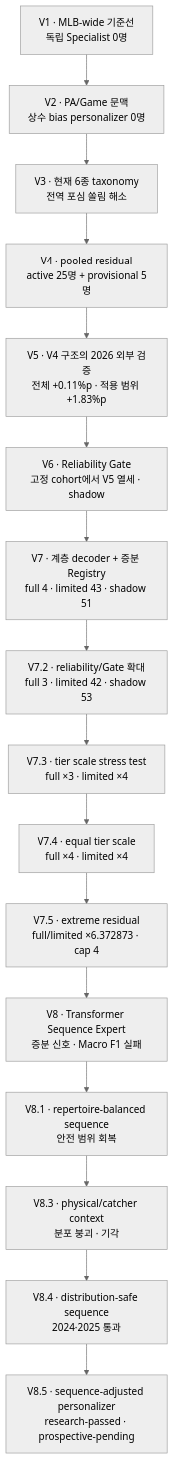
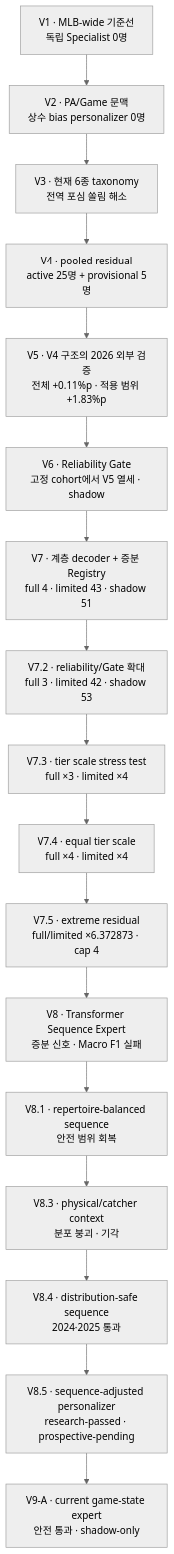
Before and after one commit to madcamp-official/OyarZabal: the first of 2 diagrams in reports/README.md, drawn with Mermaid (neutral theme). The commit also changed other lines of this file and 9 other files, not shown here.

````diff
--- a/reports/README.md
+++ b/reports/README.md
@@ -43,20 +46,21 @@
 ```mermaid
 flowchart TD
     V1["V1 · MLB-wide 기준선<br/>독립 Specialist 0명"]
     V2["V2 · PA/Game 문맥<br/>상수 bias personalizer 0명"]
     V3["V3 · 현재 6종 taxonomy<br/>전역 포심 쏠림 해소"]
     V4["V4 · pooled residual<br/>active 25명 + provisional 5명"]
     V5["V5 · V4 구조의 2026 외부 검증<br/>전체 +0.11%p · 적용 범위 +1.83%p"]
     V6["V6 · Reliability Gate<br/>고정 cohort에서 V5 열세 · shadow"]
     V7["V7 · 계층 decoder + 증분 Registry<br/>full 4 · limited 43 · shadow 51"]
     V72["V7.2 · reliability/Gate 확대<br/>full 3 · limited 42 · shadow 53"]
     V73["V7.3 · tier scale stress test<br/>full ×3 · limited ×4"]
     V74["V7.4 · equal tier scale<br/>full ×4 · limited ×4"]
     V75["V7.5 · extreme residual<br/>full/limited ×6.372873 · cap 4"]
     V8["V8 · Transformer Sequence Expert<br/>증분 신호 · Macro F1 실패"]
     V81["V8.1 · repertoire-balanced sequence<br/>안전 범위 회복"]
     V83["V8.3 · physical/catcher context<br/>분포 붕괴 · 기각"]
     V84["V8.4 · distribution-safe sequence<br/>2024·2025 통과"]
     V85["V8.5 · sequence-adjusted personalizer<br/>research-passed · prospective-pending"]
-    V1 --> V2 --> V3 --> V4 --> V5 --> V6 --> V7 --> V72 --> V73 --> V74 --> V75 --> V8 --> V81 --> V83 --> V84 --> V85
+    V9A["V9-A · current game-state expert<br/>안전 통과 · shadow-only"]
+    V1 --> V2 --> V3 --> V4 --> V5 --> V6 --> V7 --> V72 --> V73 --> V74 --> V75 --> V8 --> V81 --> V83 --> V84 --> V85 --> V9A
 ```
````
